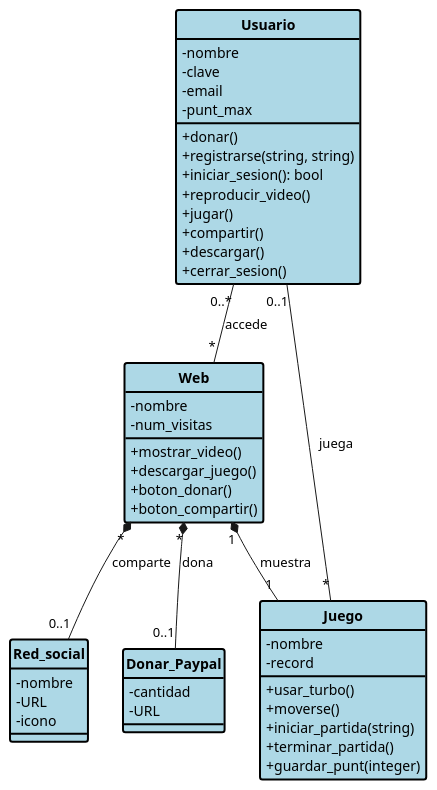
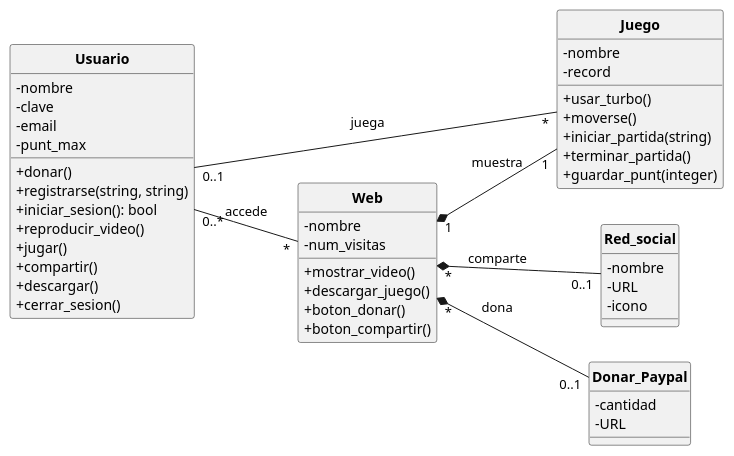
One commit to Arthur845777/Algoritmia_Prac2 changed the diagram in src/xd.puml. Above: the diagram before and after it, drawn with PlantUML. The commit also changed 8 other files, not shown here.

```diff
--- a/src/xd.puml
+++ b/src/xd.puml
@@ -1,70 +1,70 @@
 @startuml
 skinparam classAttributeIconSize 0
 skinparam classFontStyle bold
 hide circle
 skinparam classFontSize 14
-'skinparam classFontName "TimesNewRoman"
 
+left to right direction
 
-skinparam class{
-    BackgroundColor LightBlue
-    BorderColor Black
-    BorderThickness 2
-}
+'skinparam class{
+'    BackgroundColor LightBlue
+'    BorderColor Black
+'    BorderThickness 2
+'}
 
 class Usuario {
     - nombre
     - clave
     - email
     - punt_max
     + donar()
     + registrarse(string, string)
     + iniciar_sesion(): bool
     + reproducir_video()
     + jugar()
     + compartir()
     + descargar()
     + cerrar_sesion()
 }
 
 class Web {
     - nombre
     - num_visitas
     + mostrar_video()
     + descargar_juego()
     + boton_donar()
     + boton_compartir()
 }
 
 class Juego {
     - nombre
     - record
     + usar_turbo()
     + moverse()
     + iniciar_partida(string)
     + terminar_partida()
     + guardar_punt(integer)
 }
 
 class Red_social {
     - nombre
     - URL
     - icono
 }
 
 class Donar_Paypal {
     - cantidad
     - URL
 }
 
 Usuario "0..*" -- "*" Web : accede
 
 Usuario "0..1" -- "*" Juego : juega
 
 Web "1" *-- "1" Juego : muestra
 
 Web "*" *-- "0..1" Red_social : comparte
 
 Web "*" *-- "0..1" Donar_Paypal : dona
 
 @enduml
```
